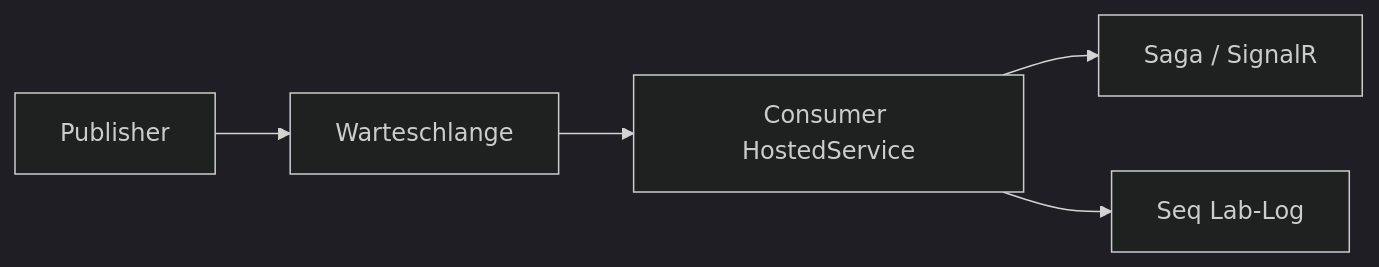
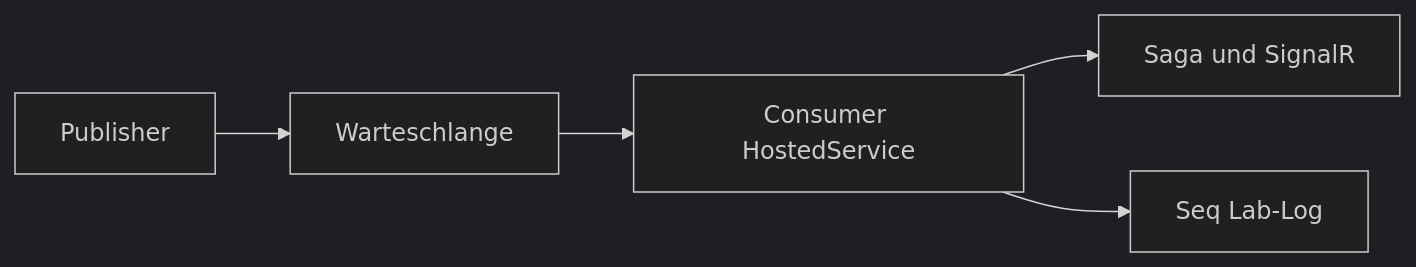
One commit to fdeniz07/BankApp changed the first of 2 diagrams in docs/learning/de/13-rabbitmq.md. Above: the diagram before and after it, drawn with Mermaid (dark theme). The commit also changed other lines of this file and 105 other files, not shown here.

First line of the commit message:
doc: Enrich learning chapters with labs, pitfalls, and safe Mermaid

````diff
--- a/docs/learning/de/13-rabbitmq.md
+++ b/docs/learning/de/13-rabbitmq.md
@@ -12,7 +13,7 @@
 ```mermaid
 flowchart LR
-  PUB[Publisher] --> Q[Warteschlange]
-  Q --> CON[Consumer HostedService]
-  CON --> SAGA[Saga / SignalR]
-  CON --> SEQ[Seq Lab-Log]
+  PUB["Publisher"] --> Q["Warteschlange"]
+  Q --> CON["Consumer HostedService"]
+  CON --> SAGA["Saga und SignalR"]
+  CON --> SEQ["Seq Lab-Log"]
 ```
````
